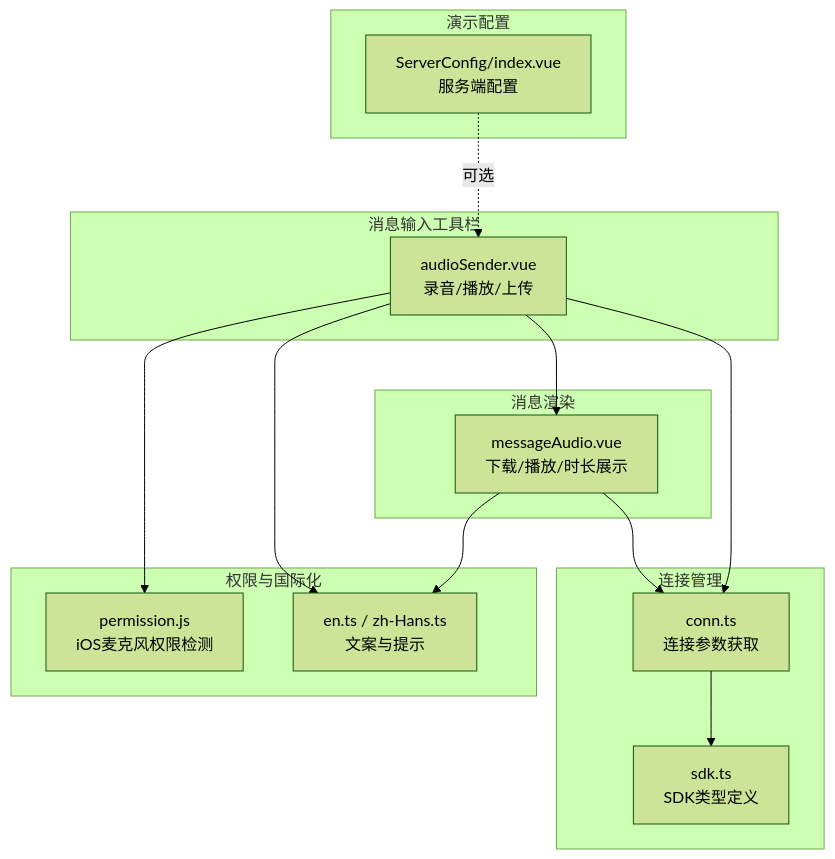
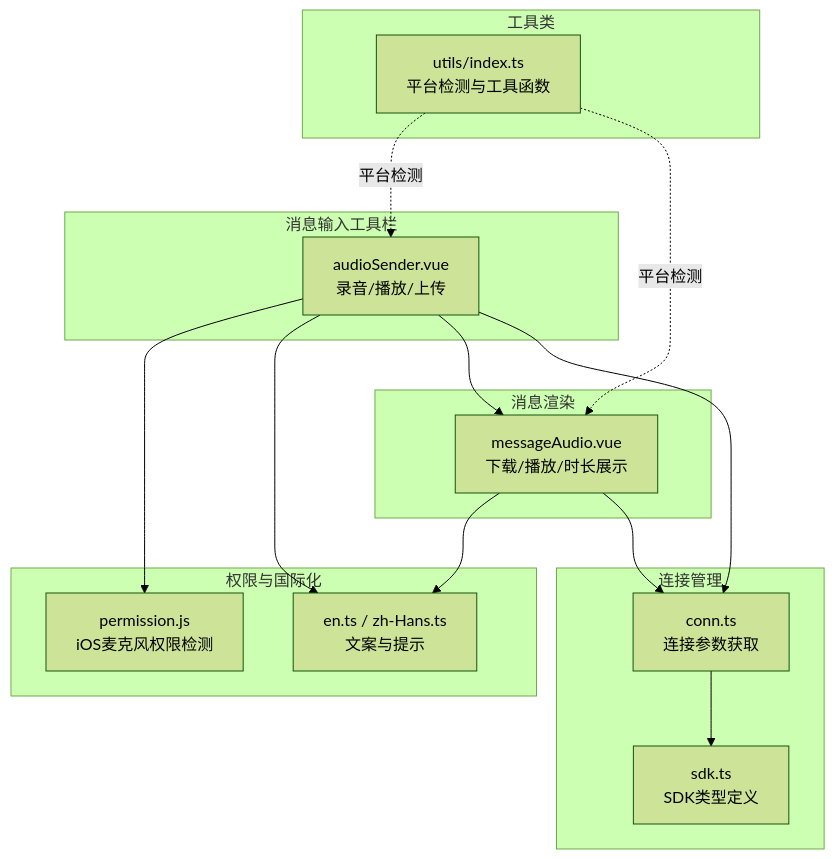
Before and after one commit to Easemob-Community/easemob-uikit-uniapp-community: the first of 5 diagrams in .qoder/repowiki/zh/content/工具栏和输入功能/音频发送.md, drawn with Mermaid (forest theme). The commit also changed other lines of this file and 10 other files, not shown here.

````diff
--- a/.qoder/repowiki/zh/content/工具栏和输入功能/音频发送.md
+++ b/.qoder/repowiki/zh/content/工具栏和输入功能/音频发送.md
@@ -44,28 +45,29 @@
 ```mermaid
 graph TB
 subgraph "消息输入工具栏"
 A["audioSender.vue<br/>录音/播放/上传"]
 end
 subgraph "消息渲染"
 B["messageAudio.vue<br/>下载/播放/时长展示"]
 end
 subgraph "权限与国际化"
 C["permission.js<br/>iOS麦克风权限检测"]
 D["en.ts / zh-Hans.ts<br/>文案与提示"]
 end
-subgraph "演示配置"
-E["ServerConfig/index.vue<br/>服务端配置"]
+subgraph "连接管理"
+E["conn.ts<br/>连接参数获取"]
+F["sdk.ts<br/>SDK类型定义"]
 end
-subgraph "连接管理"
-F["conn.ts<br/>连接参数获取"]
-G["sdk.ts<br/>SDK类型定义"]
+subgraph "工具类"
+G["utils/index.ts<br/>平台检测与工具函数"]
 end
 A --> C
 A --> D
 A --> B
-A --> F
+A --> E
 B --> D
-B --> F
-F --> G
-E -. 可选 .-> A
+B --> E
+E --> F
+G -. 平台检测 .-> A
+G -. 平台检测 .-> B
 ```
````
